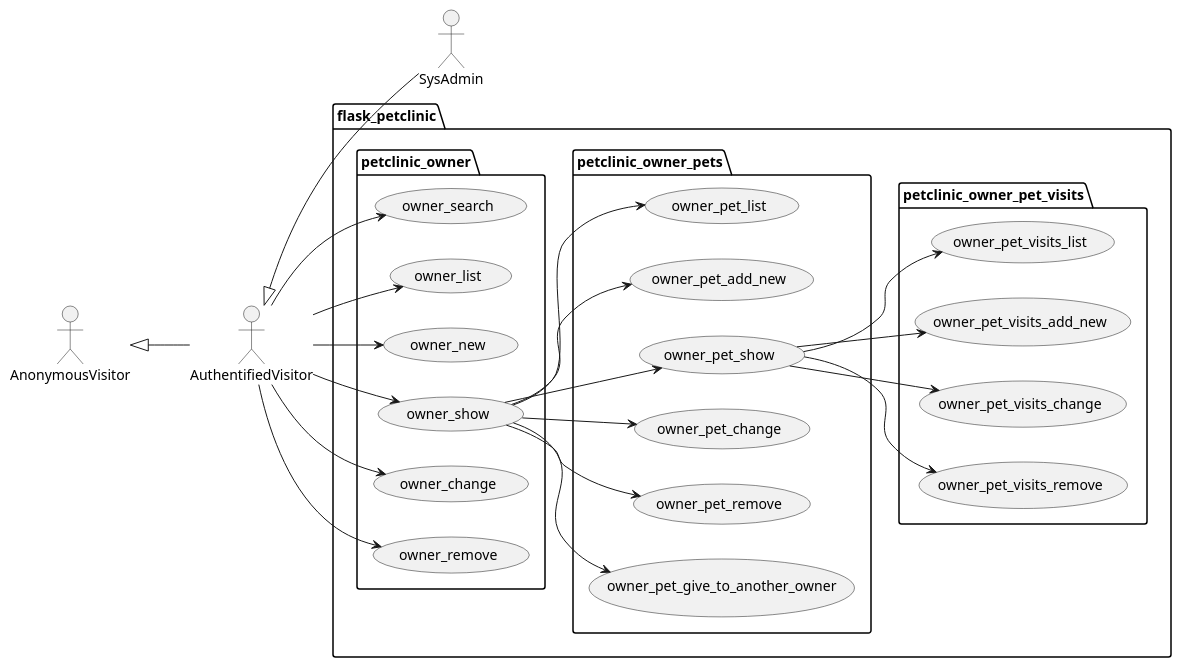
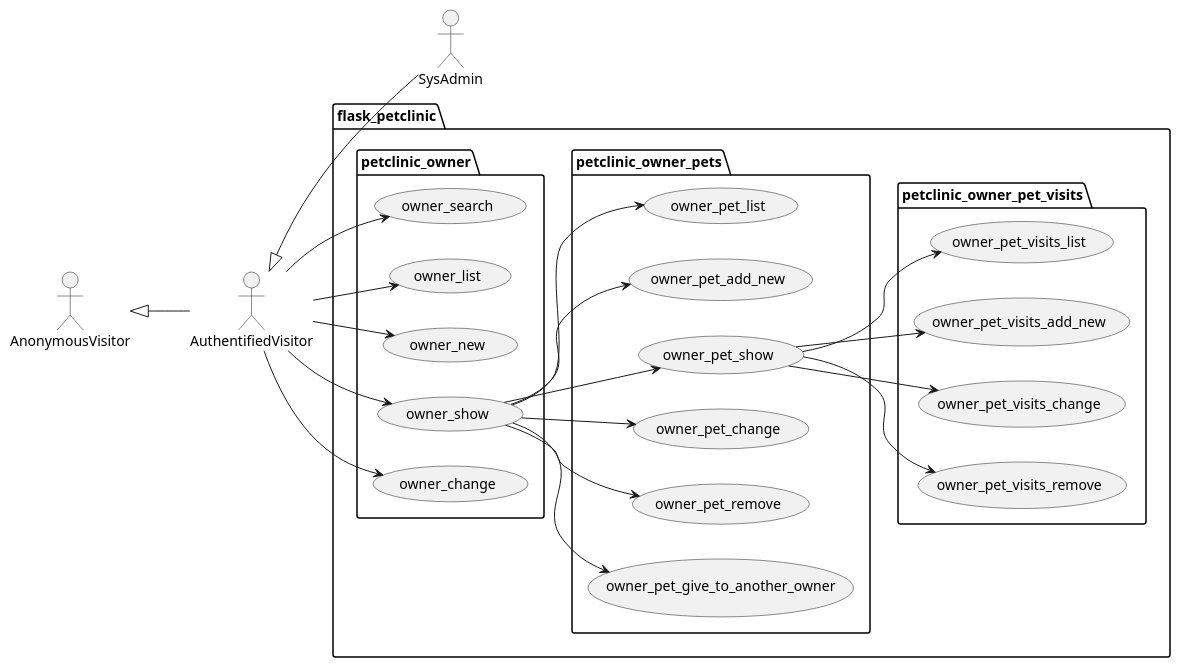
Before and after one commit to Jakarta-EE-Petclinic/petclinic_flask: the diagram in project/petclinic_model/owner.puml, drawn with PlantUML. The commit also changed 5 other files, not shown here.

```diff
--- a/project/petclinic_model/owner.puml
+++ b/project/petclinic_model/owner.puml
@@ -1,62 +1,60 @@
 @startuml
 left to right direction
 
 actor AnonymousVisitor as av
 actor AuthentifiedVisitor as au
 actor SysAdmin as sa
 
 av <|-- au
 au <|-- sa
 
 package flask_petclinic {
 
     package petclinic_owner {
 
         usecase owner_search as uc6000
         usecase owner_list as uc6001
         usecase owner_new as uc6002
         usecase owner_show as uc6003
         usecase owner_change as uc6004
-        usecase owner_remove as uc6005
 
         au --> uc6000
         au --> uc6001
         au --> uc6002
         au --> uc6003
         au --> uc6004
-        au --> uc6005
 
     }
 
     package petclinic_owner_pets {
 
         usecase owner_pet_list as uc5010
         usecase owner_pet_add_new as uc5011
         usecase owner_pet_show as uc5012
         usecase owner_pet_change as uc5013
         usecase owner_pet_remove as uc5014
         usecase owner_pet_give_to_another_owner as uc5015
 
         uc6003 --> uc5010
         uc6003 --> uc5011
         uc6003 --> uc5012
         uc6003 --> uc5013
         uc6003 --> uc5014
         uc6003 --> uc5015
     }
 
     package petclinic_owner_pet_visits {
 
         usecase owner_pet_visits_list as uc7010
         usecase owner_pet_visits_add_new as uc7011
         usecase owner_pet_visits_change as uc7012
         usecase owner_pet_visits_remove as uc7013
 
         uc5012 --> uc7010
         uc5012 --> uc7011
         uc5012 --> uc7012
         uc5012 --> uc7013
     }
 
 }
 @enduml
```
